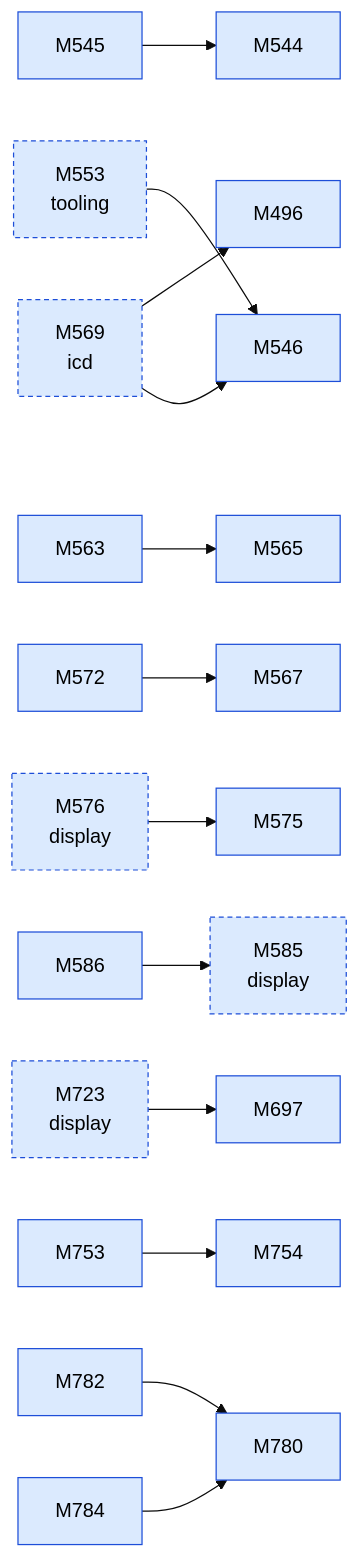
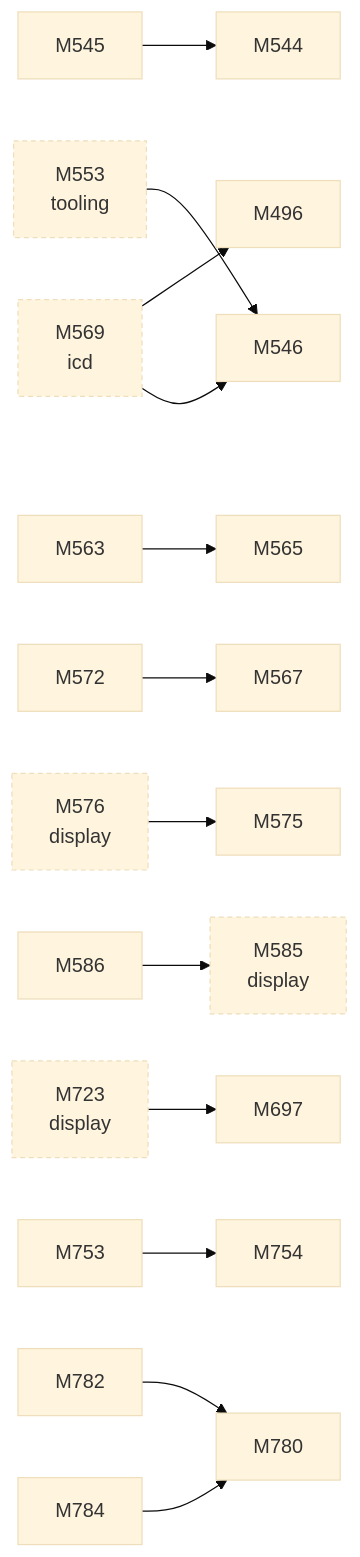
The second of 2 diagrams in docs/facts/graphs/d3d.md (D-Ogi/amdgpu-wddm), drawn with Mermaid (base theme) before and after one commit. The commit also changed other lines of this file and 9 other files, not shown here.

First line of the commit message:
docs/facts: plain graph nodes, no status colouring

````diff
--- a/docs/facts/graphs/d3d.md
+++ b/docs/facts/graphs/d3d.md
@@ -23,42 +19,38 @@
 ```mermaid
 flowchart LR
-  M496["M496"]:::MEASURED
-  M544["M544"]:::MEASURED
-  M545["M545"]:::MEASURED
-  M546["M546"]:::MEASURED
-  M553["M553<br/>tooling"]:::MEASURED
-  M563["M563"]:::MEASURED
-  M565["M565"]:::MEASURED
-  M567["M567"]:::MEASURED
-  M569["M569<br/>icd"]:::MEASURED
-  M572["M572"]:::MEASURED
-  M575["M575"]:::MEASURED
-  M576["M576<br/>display"]:::MEASURED
-  M585["M585<br/>display"]:::MEASURED
-  M586["M586"]:::MEASURED
-  M697["M697"]:::MEASURED
-  M723["M723<br/>display"]:::MEASURED
-  M753["M753"]:::MEASURED
-  M754["M754"]:::MEASURED
-  M780["M780"]:::MEASURED
-  M782["M782"]:::MEASURED
-  M784["M784"]:::MEASURED
+  M496["M496"]
+  M544["M544"]
+  M545["M545"]
+  M546["M546"]
+  M553["M553<br/>tooling"]
+  M563["M563"]
+  M565["M565"]
+  M567["M567"]
+  M569["M569<br/>icd"]
+  M572["M572"]
+  M575["M575"]
+  M576["M576<br/>display"]
+  M585["M585<br/>display"]
+  M586["M586"]
+  M697["M697"]
+  M723["M723<br/>display"]
+  M753["M753"]
+  M754["M754"]
+  M780["M780"]
+  M782["M782"]
+  M784["M784"]
   M576 --> M575
   M723 --> M697
   M569 --> M496
   M569 --> M546
   M545 --> M544
   M563 --> M565
   M572 --> M567
   M586 --> M585
   M753 --> M754
   M782 --> M780
   M784 --> M780
   M553 --> M546
-  classDef HYPOTHESIS fill:#fff3c4,stroke:#9a7b00,color:#000
-  classDef MEASURED fill:#dbeafe,stroke:#1d4ed8,color:#000
-  classDef CONFIRMED fill:#d1fae5,stroke:#047857,color:#000
-  classDef REFUTED fill:#fee2e2,stroke:#b91c1c,color:#000
   classDef other stroke-dasharray:4 3
   class M553,M569,M576,M585,M723 other
 ```
````
